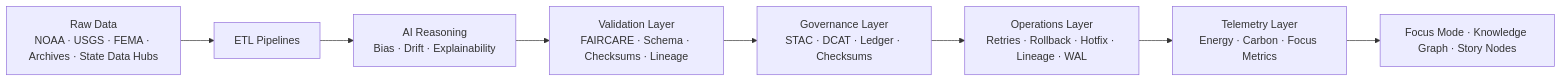
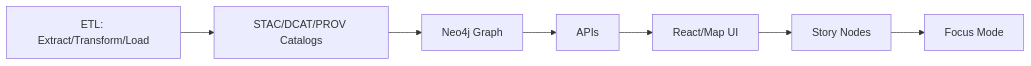
Before and after one commit to bartytime4life/Kansas-Frontier-Matrix: the first of 2 diagrams in src/pipelines/README.md, drawn with Mermaid. The commit also changed other lines of this file, not shown here.

First line of the commit message:
Revise README for KFM Pipelines to v1.0.0

````diff
--- a/src/pipelines/README.md
+++ b/src/pipelines/README.md
@@ -124,10 +163,9 @@
-```mermaid
+~~~mermaid
 flowchart LR
-    A[Raw Data<br/>NOAA · USGS · FEMA · Archives · State Data Hubs] --> B[ETL Pipelines]
-    B --> C[AI Reasoning<br/>Bias · Drift · Explainability]
-    C --> D[Validation Layer<br/>FAIRCARE · Schema · Checksums · Lineage]
-    D --> E[Governance Layer<br/>STAC · DCAT · Ledger · Checksums]
-    E --> F[Operations Layer<br/>Retries · Rollback · Hotfix · Lineage · WAL]
-    F --> G[Telemetry Layer<br/>Energy · Carbon · Focus Metrics]
-    G --> H[Focus Mode · Knowledge Graph · Story Nodes]
-```
+  A[ETL: Extract/Transform/Load] --> B[STAC/DCAT/PROV Catalogs]
+  B --> C[Neo4j Graph]
+  C --> D[APIs]
+  D --> E[React/Map UI]
+  E --> F[Story Nodes]
+  F --> G[Focus Mode]
+~~~
````
